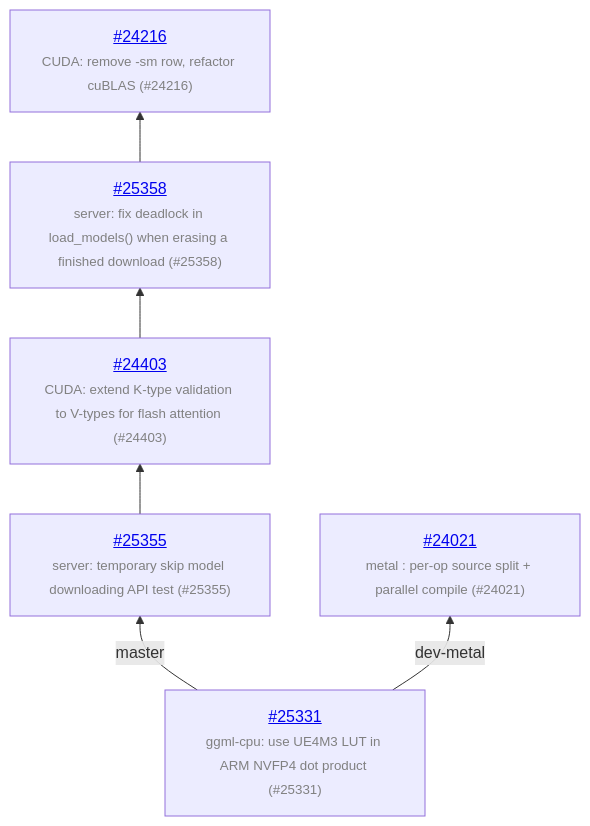
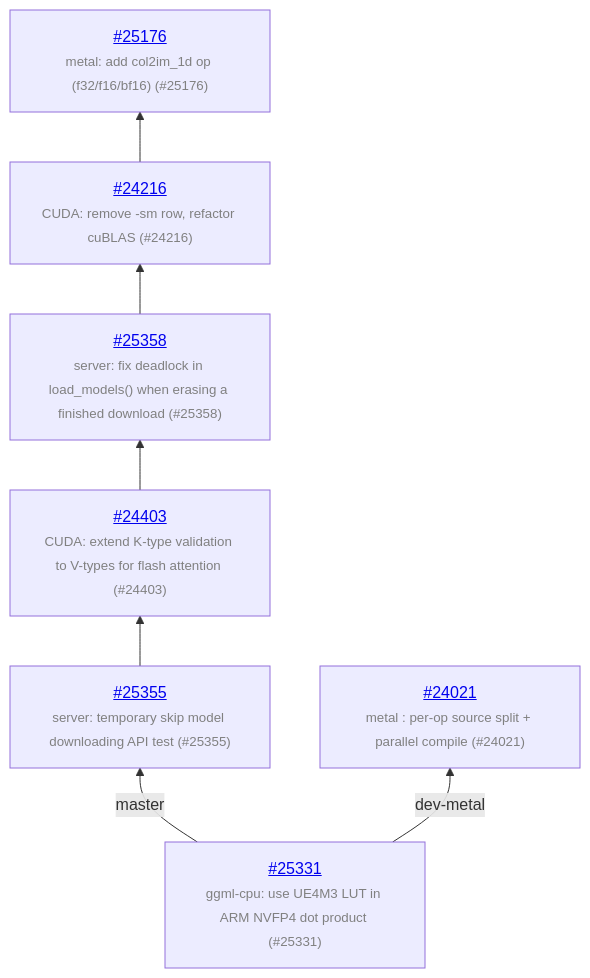
The diagram in README.md (ggml-org/llama.cpp-dev), drawn with Mermaid before and after one commit. The commit also changed other lines of this file and 1 other file, not shown here.

Commit message:
auto: update

````diff
--- a/README.md
+++ b/README.md
@@ -13,14 +13,16 @@
 ```mermaid
 graph BT
     COMMON["<a href='https://github.com/ggml-org/llama.cpp/pull/25331'>#25331</a><br/><span style='font-size:smaller;color:gray'>ggml-cpu: use UE4M3 LUT in ARM NVFP4 dot product (#25331)</span>"]
     COMMON -->|master| C_bfdf581
     C_bfdf581["<a href='https://github.com/ggml-org/llama.cpp/pull/25355'>#25355</a><br/><span style='font-size:smaller;color:gray'>server: temporary skip model downloading API test (#25355)</span>"]
     C_bfdf581 --> C_cb295bf
     C_cb295bf["<a href='https://github.com/ggml-org/llama.cpp/pull/24403'>#24403</a><br/><span style='font-size:smaller;color:gray'>CUDA: extend K-type validation to V-types for flash attention (#24403)</span>"]
     C_cb295bf --> C_9abce74
     C_9abce74["<a href='https://github.com/ggml-org/llama.cpp/pull/25358'>#25358</a><br/><span style='font-size:smaller;color:gray'>server: fix deadlock in load_models() when erasing a finished download (#25358)</span>"]
     C_9abce74 --> C_74976e1
     C_74976e1["<a href='https://github.com/ggml-org/llama.cpp/pull/24216'>#24216</a><br/><span style='font-size:smaller;color:gray'>CUDA: remove -sm row, refactor cuBLAS (#24216)</span>"]
+    C_74976e1 --> C_f36e5c3
+    C_f36e5c3["<a href='https://github.com/ggml-org/llama.cpp/pull/25176'>#25176</a><br/><span style='font-size:smaller;color:gray'>metal: add col2im_1d op (f32/f16/bf16) (#25176)</span>"]
     COMMON -->|dev-metal| C_437f21a
     C_437f21a["<a href='https://github.com/ggml-org/llama.cpp/pull/24021'>#24021</a><br/><span style='font-size:smaller;color:gray'>metal : per-op source split + parallel compile (#24021)</span>"]
 ```
````
